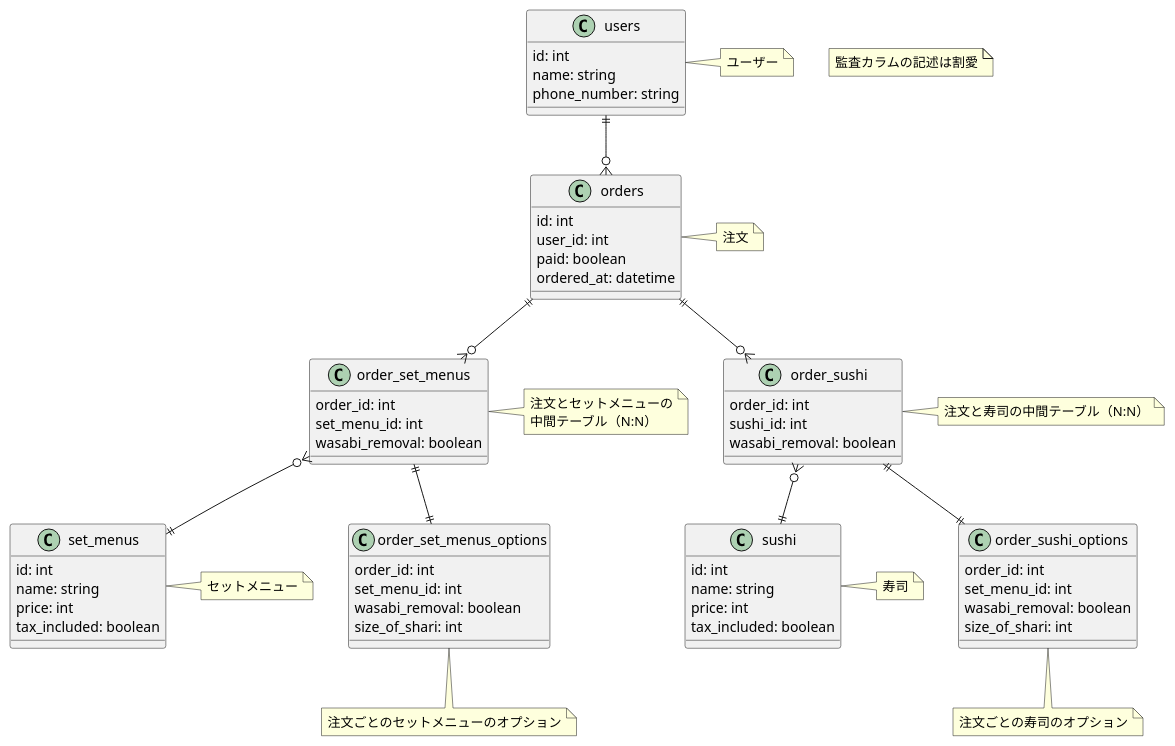
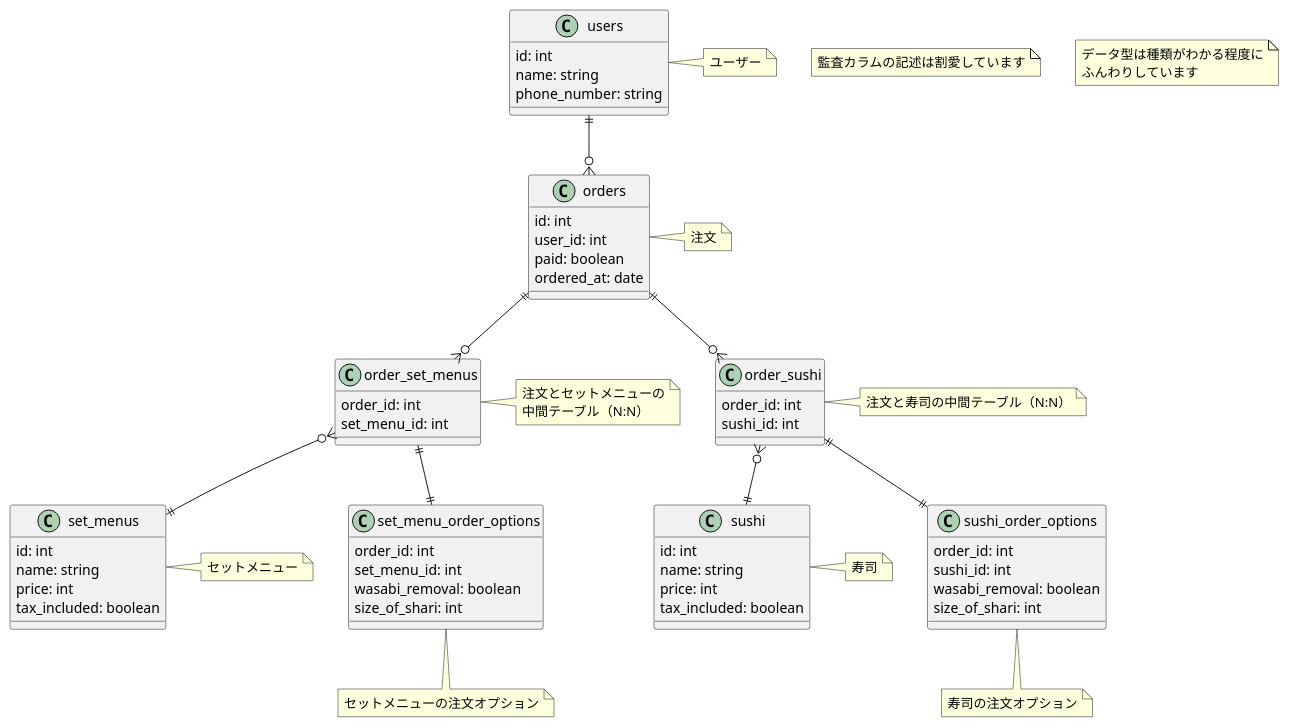
One commit to HitoroOhria/praha-challenge changed the diagram in db/db-modeling-1/sushi_order.puml. Above: the diagram before and after it, drawn with PlantUML. The commit also changed 1 other file, not shown here.

```diff
--- a/db/db-modeling-1/sushi_order.puml
+++ b/db/db-modeling-1/sushi_order.puml
@@ -1,75 +1,74 @@
 @startuml
 'https://plantuml.com/class-diagram
 
-note "監査カラムの記述は割愛" as n1
+note "監査カラムの記述は割愛しています" as n1
+note "データ型は種類がわかる程度に\nふんわりしています" as n2
 
 class users {
   id: int
   name: string
   phone_number: string
 }
 note right: ユーザー
 
 class orders {
   id: int
   user_id: int
   paid: boolean
-  ordered_at: datetime
+  ordered_at: date
 }
 note right: 注文
 
 class order_set_menus {
   order_id: int
   set_menu_id: int
-  wasabi_removal: boolean
 }
 note right: 注文とセットメニューの\n中間テーブル（N:N）
 
 class order_sushi {
   order_id: int
   sushi_id: int
-  wasabi_removal: boolean
 }
 note right: 注文と寿司の中間テーブル（N:N）
 
-class order_set_menus_options {
+class set_menu_order_options {
   order_id: int
   set_menu_id: int
   wasabi_removal: boolean
   size_of_shari: int
 }
-note bottom: 注文ごとのセットメニューのオプション
+note bottom: セットメニューの注文オプション
 
-class order_sushi_options {
+class sushi_order_options {
   order_id: int
-  set_menu_id: int
+  sushi_id: int
   wasabi_removal: boolean
   size_of_shari: int
 }
-note bottom: 注文ごとの寿司のオプション
+note bottom: 寿司の注文オプション
 
 class set_menus {
   id: int
   name: string
   price: int
   tax_included: boolean
 }
 note right: セットメニュー
 
 class sushi {
   id: int
   name: string
   price: int
   tax_included: boolean
 }
 note right: 寿司
 
 users ||--o{ orders
 orders ||--o{ order_set_menus
 orders ||--o{ order_sushi
 order_set_menus }o--|| set_menus
 order_sushi }o--|| sushi
-order_set_menus ||--|| order_set_menus_options
-order_sushi ||--|| order_sushi_options
+order_set_menus ||--|| set_menu_order_options
+order_sushi ||--|| sushi_order_options
 
 @enduml
```
